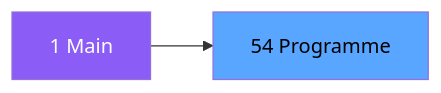
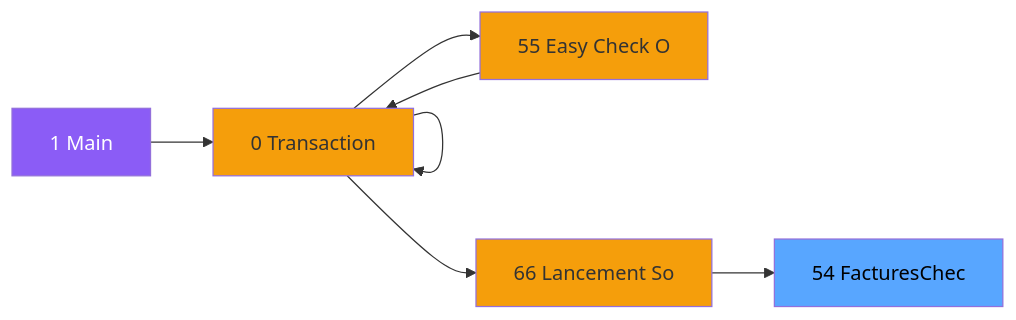
Before and after one commit to thonyAGP/magic-migration: the second of 3 diagrams in .openspec/specs/ADH-IDE-54.md, drawn with Mermaid. The commit also changed other lines of this file and 323 other files, not shown here.

````diff
--- a/.openspec/specs/ADH-IDE-54.md
+++ b/.openspec/specs/ADH-IDE-54.md
@@ -110,8 +136,23 @@
 ```mermaid
 graph LR
     M[1 Main]
-    T[54 Programme]
-    M --> T
+    N0[0 Transaction ]
+    N0[0 Transaction ]
+    N55[55 Easy Check O]
+    N0[0 Transaction ]
+    N66[66 Lancement So]
+    T[54 FacturesChec]
+    M --> N0
+    N0 --> N0
+    N0 --> N55
+    N55 --> N0
+    N0 --> N66
+    N66 --> T
     style M fill:#8b5cf6,color:#fff
+    style N0 fill:#f59e0b
+    style N0 fill:#f59e0b
+    style N55 fill:#f59e0b
+    style N0 fill:#f59e0b
+    style N66 fill:#f59e0b
     style T fill:#58a6ff,color:#000
 ```
````
